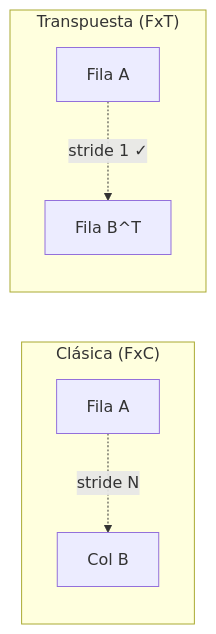
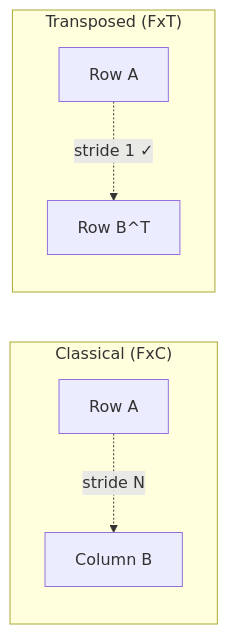
One commit to CarefreeHarp/DistributedSystems changed the fourth of 4 diagrams in README.md. Above: the diagram before and after it, drawn with Mermaid. The commit also changed other lines of this file and 3 other files, not shown here.

````diff
--- a/README.md
+++ b/README.md
@@ -125,9 +125,9 @@
 ```mermaid
 graph LR
-    subgraph FxC["Clásica (FxC)"]
-        A1["Fila A"] -.->|"stride N"| B1["Col B"]
+    subgraph FxC["Classical (FxC)"]
+        A1["Row A"] -.->|"stride N"| B1["Column B"]
     end
-    subgraph FxT["Transpuesta (FxT)"]
-        A2["Fila A"] -.->|"stride 1 ✓"| BT["Fila B^T"]
+    subgraph FxT["Transposed (FxT)"]
+        A2["Row A"] -.->|"stride 1 ✓"| BT["Row B^T"]
     end
 ```
````
